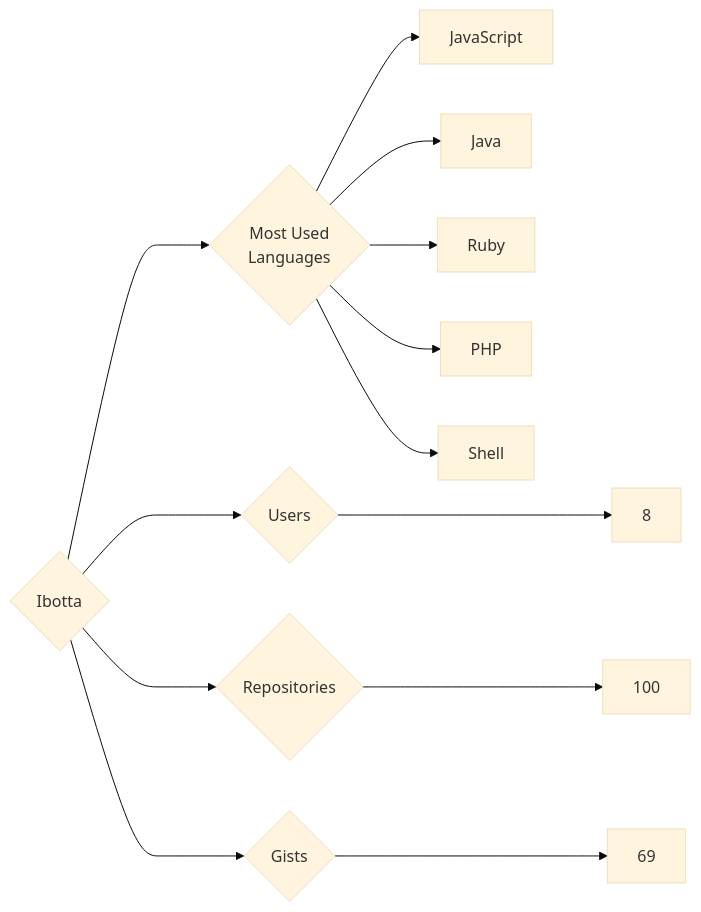
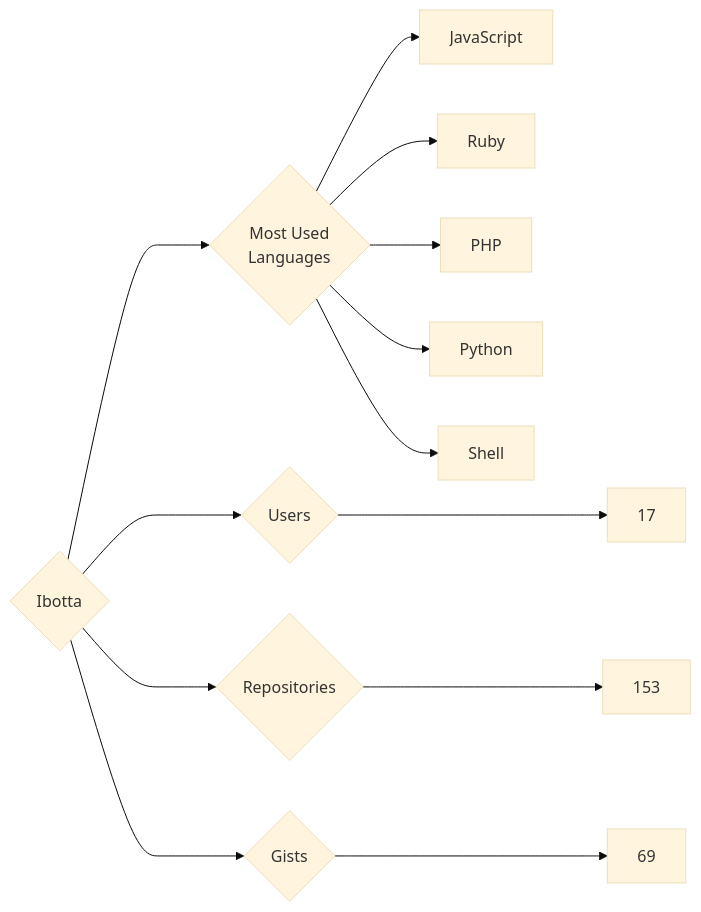
One commit to trickest/insiders changed the diagram in targets/Ibotta/README.md. Above: the diagram before and after it, drawn with Mermaid (base theme). The commit also changed 1314 other files, not shown here.

````diff
--- a/targets/Ibotta/README.md
+++ b/targets/Ibotta/README.md
@@ -3,13 +3,13 @@
 ```mermaid
 graph LR
 COMPANY_NAME{Ibotta}
-COMPANY_NAME ---> U{Users} ---> UN[8]
-COMPANY_NAME ---> R{Repositories} ---> RN[100]
+COMPANY_NAME ---> U{Users} ---> UN[17]
+COMPANY_NAME ---> R{Repositories} ---> RN[153]
 COMPANY_NAME ---> G{Gists} ---> GN[69]
 COMPANY_NAME ---> ML{Most Used<br>Languages}
 ML --> JavaScript[JavaScript]
-ML --> Java[Java]
 ML --> Ruby[Ruby]
 ML --> PHP[PHP]
+ML --> Python[Python]
 ML --> Shell[Shell]
 ```
````
